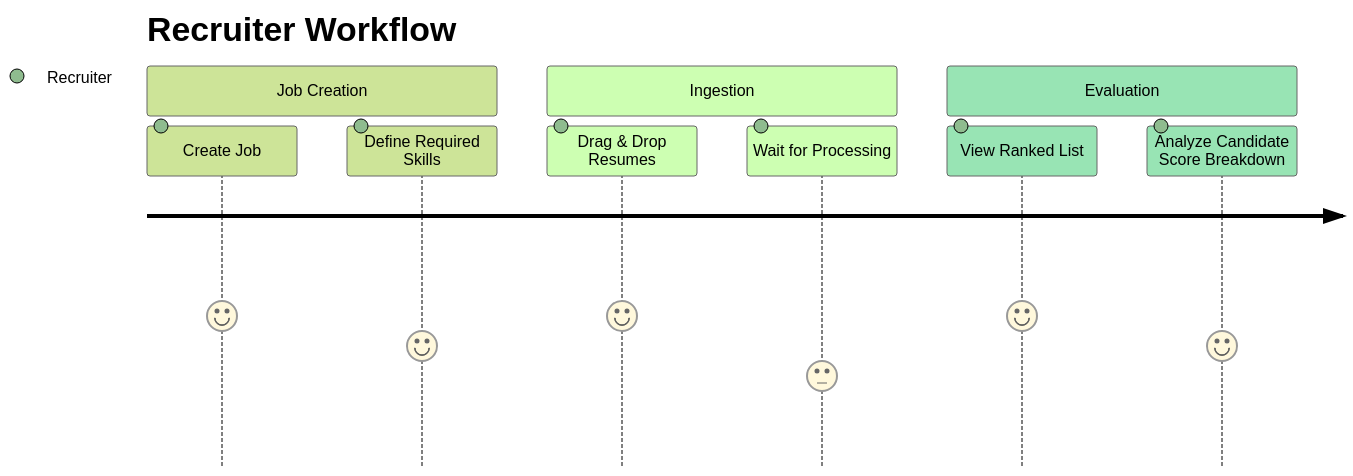
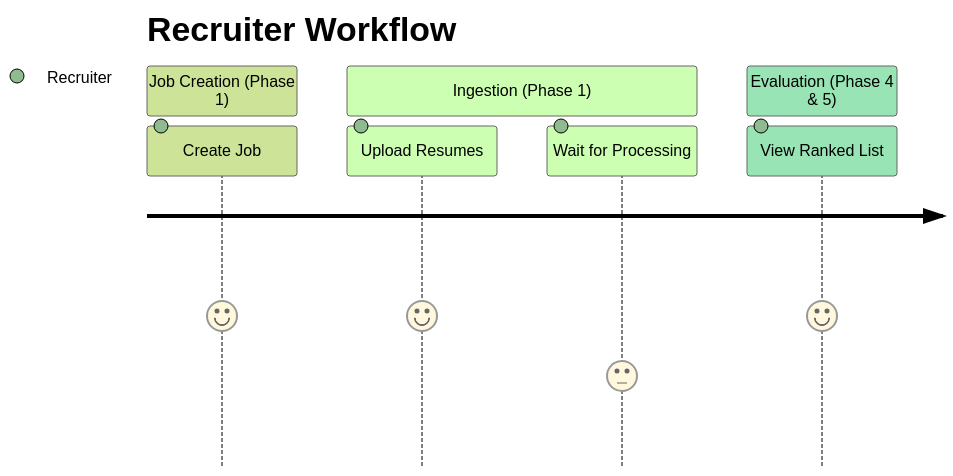
The second of 4 diagrams in docs/04_APP_FLOW.md (vanshbahl/resume-screener), drawn with Mermaid (forest theme) before and after one commit. The commit also changed other lines of this file and 2 other files, not shown here.

````diff
--- a/docs/04_APP_FLOW.md
+++ b/docs/04_APP_FLOW.md
@@ -43,13 +35,11 @@
 ```mermaid
 journey
     title Recruiter Workflow
-    section Job Creation
+    section Job Creation (Phase 1)
       Create Job: 5: Recruiter
-      Define Required Skills: 4: Recruiter
-    section Ingestion
-      Drag & Drop Resumes: 5: Recruiter
+    section Ingestion (Phase 1)
+      Upload Resumes: 5: Recruiter
       Wait for Processing: 3: Recruiter
-    section Evaluation
+    section Evaluation (Phase 4 & 5)
       View Ranked List: 5: Recruiter
-      Analyze Candidate Score Breakdown: 4: Recruiter
 ```
````
